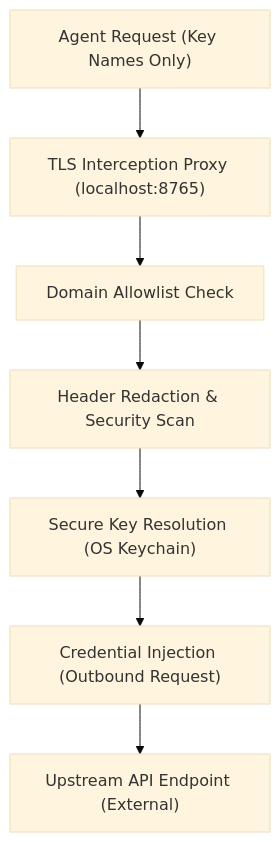
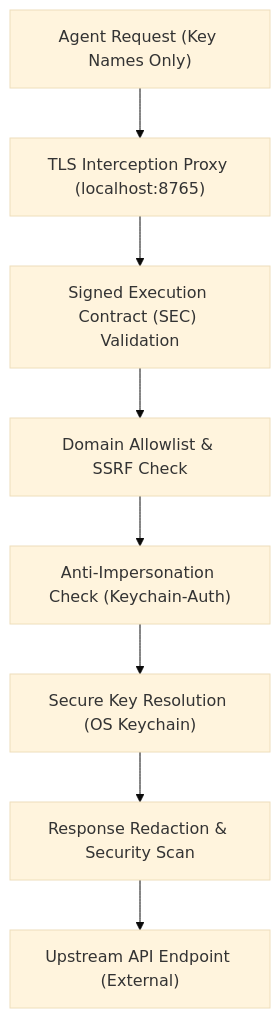
Before and after one commit to The-17/agentsecrets-website: the diagram in src/content/docs/what-is-agentsecrets.md, drawn with Mermaid (base theme). The commit also changed other lines of this file and 4 other files, not shown here.

````diff
--- a/src/content/docs/what-is-agentsecrets.md
+++ b/src/content/docs/what-is-agentsecrets.md
@@ -22,9 +49,10 @@
 ```mermaid
 flowchart TD
     A["Agent Request (Key Names Only)"] --> B["TLS Interception Proxy (localhost:8765)"]
-    B --> C["Domain Allowlist Check"]
-    C --> D["Header Redaction & Security Scan"]
-    D --> E["Secure Key Resolution (OS Keychain)"]
-    E --> F["Credential Injection (Outbound Request)"]
-    F --> G["Upstream API Endpoint (External)"]
+    B --> C["Signed Execution Contract (SEC) Validation"]
+    C --> D["Domain Allowlist & SSRF Check"]
+    D --> E["Anti-Impersonation Check (Keychain-Auth)"]
+    E --> F["Secure Key Resolution (OS Keychain)"]
+    F --> G["Response Redaction & Security Scan"]
+    G --> H["Upstream API Endpoint (External)"]
 ```
````
